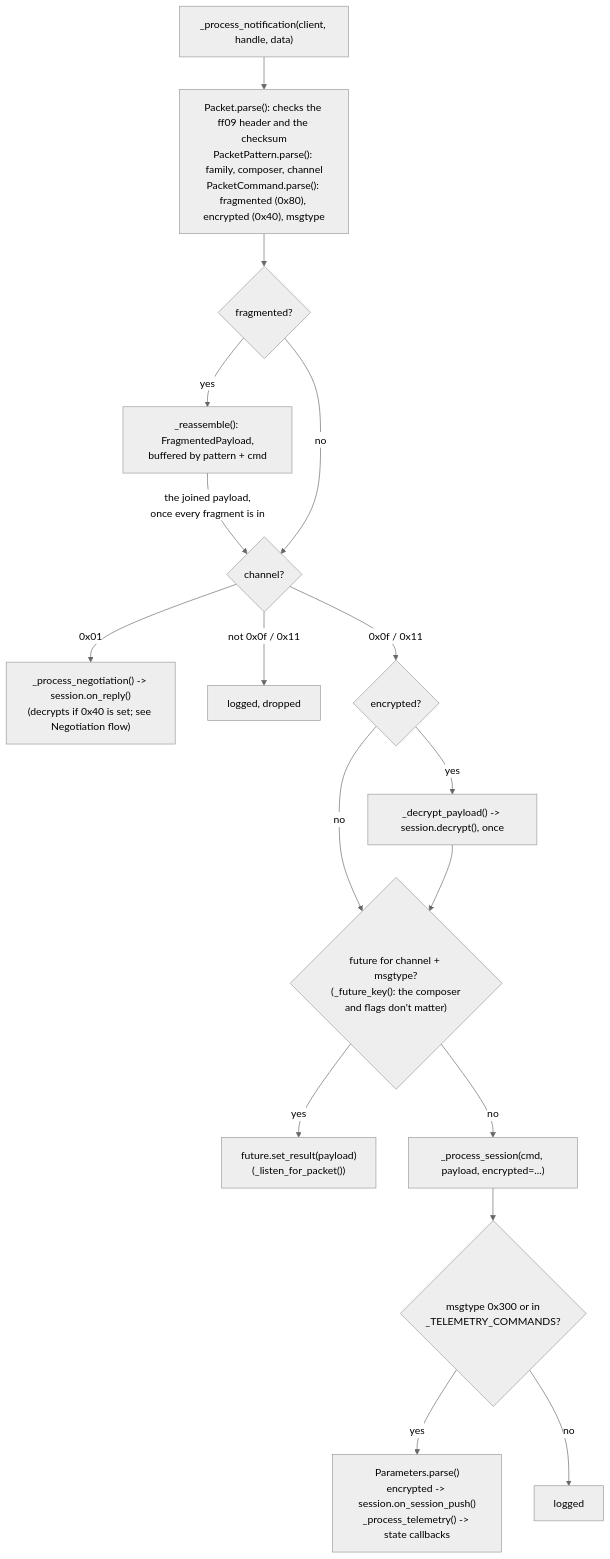
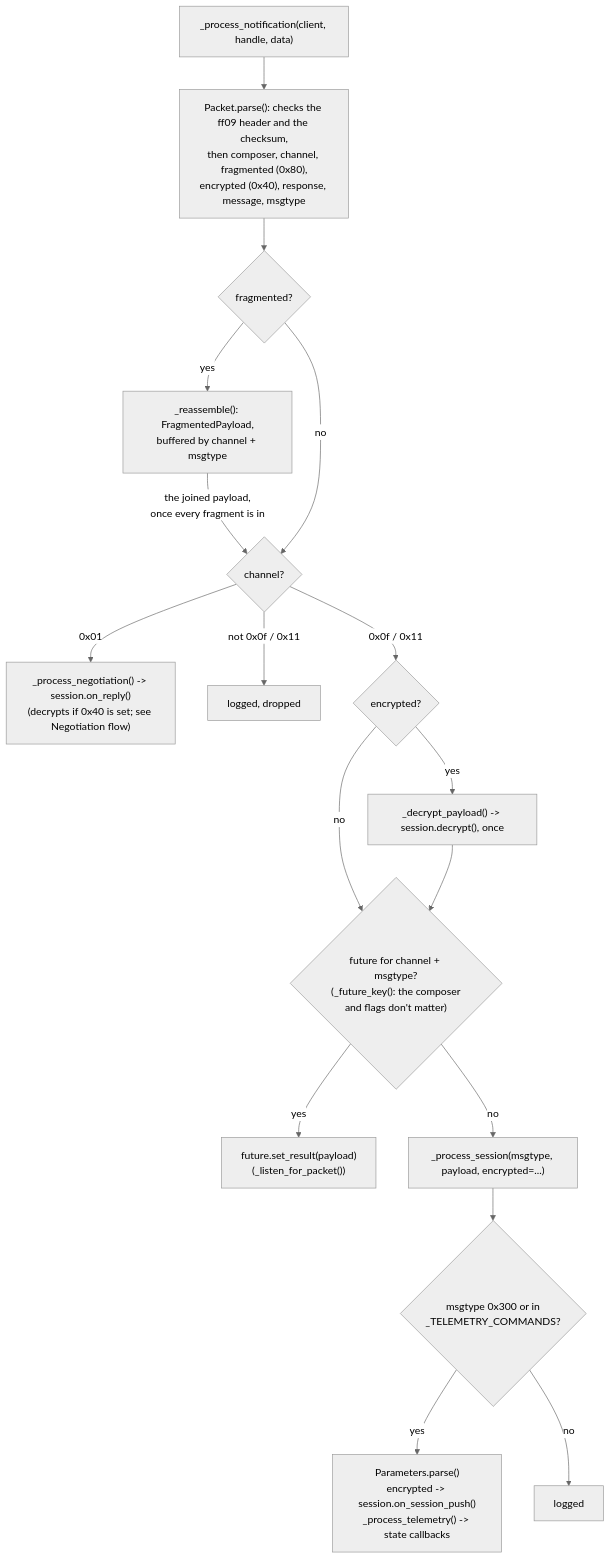
One commit to flip-dots/SolixBLE changed the tenth of 15 diagrams in docs/source/protocols.rst. Above: the diagram before and after it, drawn with Mermaid (neutral theme). The commit also changed other lines of this file, not shown here.

First line of the commit message:
Update the protocols page for the packet fields and the paths

```diff
--- a/docs/source/protocols.rst
+++ b/docs/source/protocols.rst
@@ -488,21 +581,21 @@
 .. mermaid::
 
   flowchart TD
       notif["_process_notification(client, handle, data)"]
-      parse["Packet.parse(): checks the ff09 header and the checksum<br/>PacketPattern.parse(): family, composer, channel<br/>PacketCommand.parse(): fragmented (0x80), encrypted (0x40), msgtype"]
+      parse["Packet.parse(): checks the ff09 header and the checksum,<br/>then composer, channel, fragmented (0x80),<br/>encrypted (0x40), response, message, msgtype"]
       notif --> parse
       parse --> frag{"fragmented?"}
-      frag -- yes --> reasm["_reassemble(): FragmentedPayload,<br/>buffered by pattern + cmd"]
+      frag -- yes --> reasm["_reassemble(): FragmentedPayload,<br/>buffered by channel + msgtype"]
       reasm -- "the joined payload,<br/>once every fragment is in" --> chan
       frag -- no --> chan{"channel?"}
       chan -- "0x01" --> nego["_process_negotiation() -> session.on_reply()<br/>(decrypts if 0x40 is set; see Negotiation flow)"]
       chan -- "not 0x0f / 0x11" --> drop["logged, dropped"]
       chan -- "0x0f / 0x11" --> encq{"encrypted?"}
       encq -- yes --> dec["_decrypt_payload() -> session.decrypt(), once"]
       encq -- no --> fut
       dec --> fut{"future for channel + msgtype?<br/>(_future_key(): the composer<br/>and flags don't matter)"}
       fut -- yes --> setres["future.set_result(payload)<br/>(_listen_for_packet())"]
-      fut -- no --> sess["_process_session(cmd, payload, encrypted=...)"]
+      fut -- no --> sess["_process_session(msgtype, payload, encrypted=...)"]
       sess --> tel{"msgtype 0x300 or in<br/>_TELEMETRY_COMMANDS?"}
       tel -- yes --> telem["Parameters.parse()<br/>encrypted -> session.on_session_push()<br/>_process_telemetry() -> state callbacks"]
       tel -- no --> logged["logged"]
```
